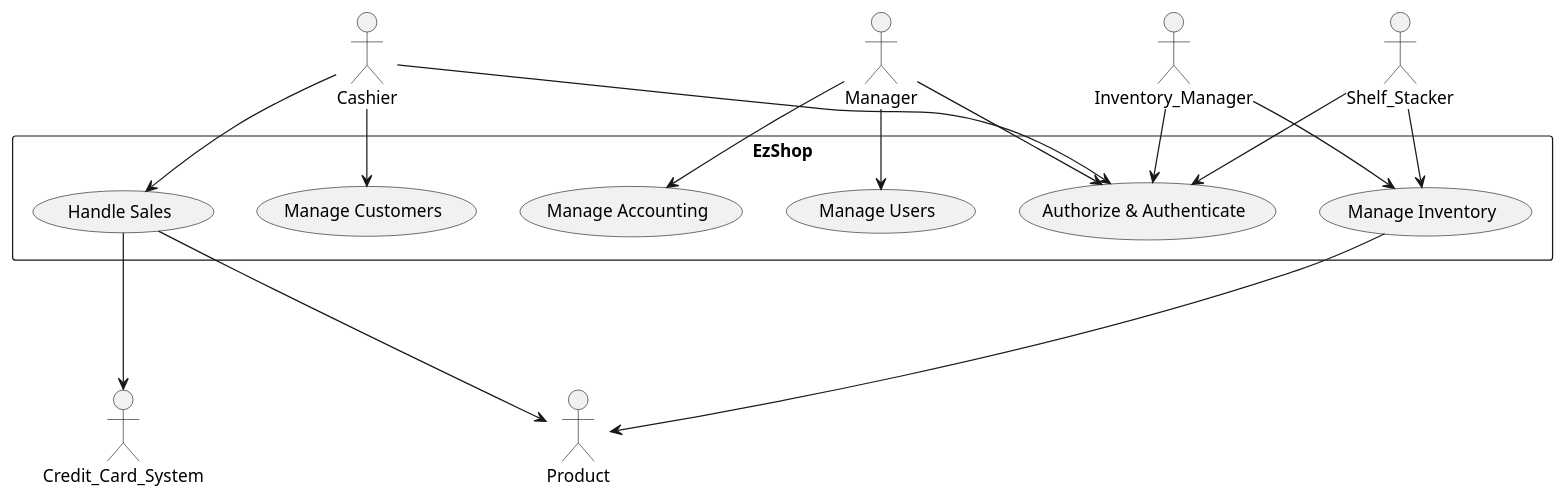
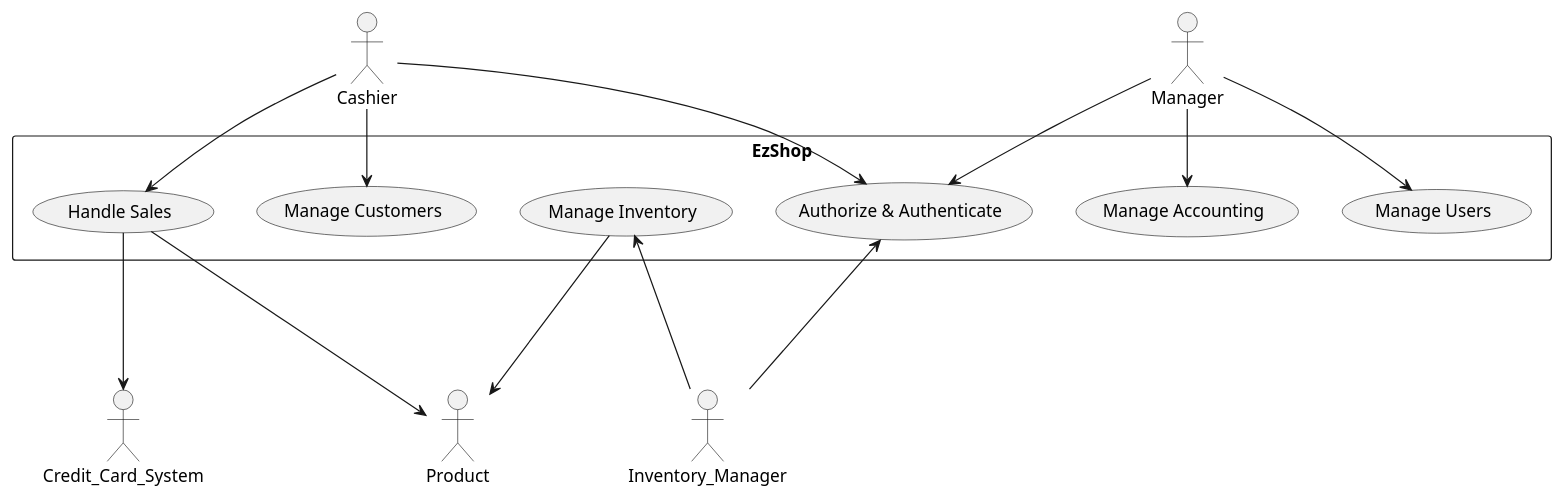
Before and after one commit to paocela/EzShop: the second of 8 diagrams in Deliverables/RequirementsDocument.md, drawn with PlantUML.

Commit message:
Removed Shelf Stacker from Use Case Diagram

````diff
--- a/Deliverables/RequirementsDocument.md
+++ b/Deliverables/RequirementsDocument.md
@@ -156,33 +156,29 @@
 ```plantuml
 actor Cashier
 actor Credit_Card_System
 actor Product
 actor Manager
 actor Inventory_Manager
-actor Shelf_Stacker
 
 skinparam PackageStyle rect
 
 rectangle EzShop{
     
     Cashier -> (Manage Customers)
     Cashier -> (Handle Sales)
     (Handle Sales) --down-> Credit_Card_System
     (Handle Sales) -down-> Product
 
+    Inventory_Manager -up-> (Manage Inventory)
+    Inventory_Manager -up--> (Authorize & Authenticate)
     Cashier --> (Authorize & Authenticate)
-    Shelf_Stacker --> (Authorize & Authenticate)
     Manager --> (Authorize & Authenticate)
-    Inventory_Manager --> (Authorize & Authenticate)
+    
 
     Manager -> (Manage Users)
     Manager -> (Manage Accounting)
-
-    Shelf_Stacker --> (Manage Inventory)
-
-    Inventory_Manager -up-> (Manage Inventory)
 
     (Manage Inventory) ---> Product
 
 }
 ```
````
